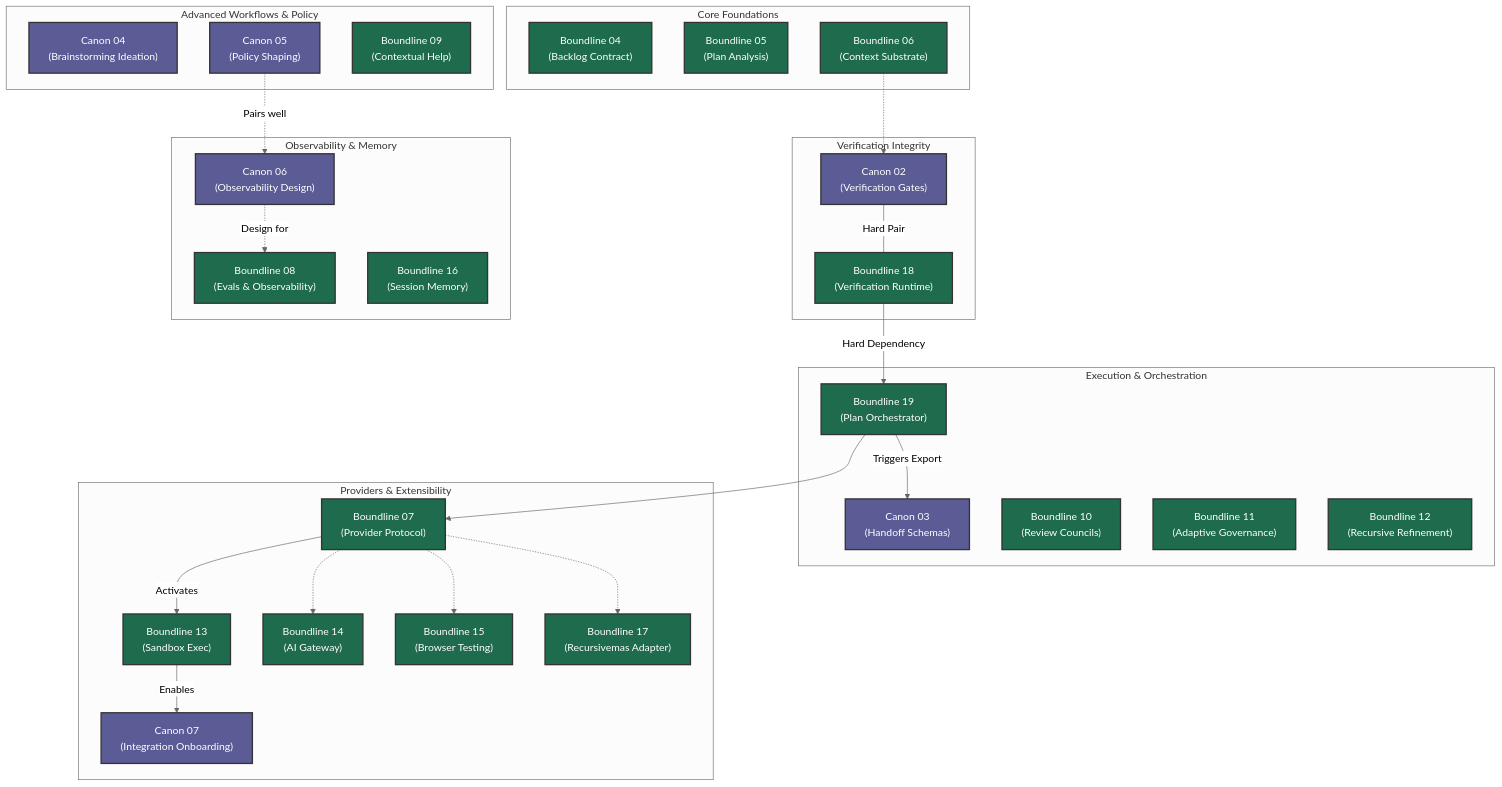
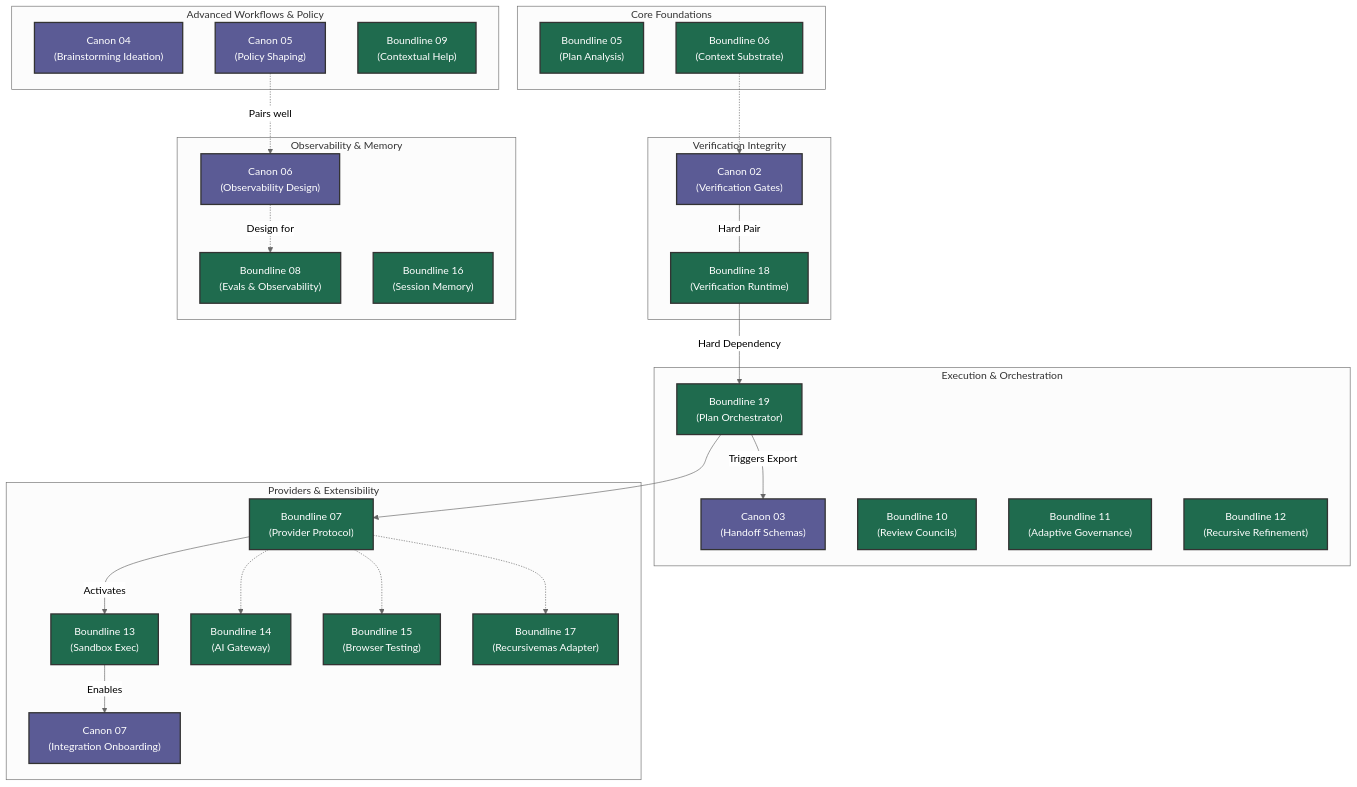
Before and after one commit to apply-the/boundline: the diagram in roadmap/joint-roadmap-graph.md, drawn with Mermaid (neutral theme). The commit also changed 2 other files, not shown here.

Commit message:
chore: roadmap cleanup; reduced function complexty

````diff
--- a/roadmap/joint-roadmap-graph.md
+++ b/roadmap/joint-roadmap-graph.md
@@ -7,62 +7,61 @@
 ```mermaid
 flowchart TD
     %% Styling
     classDef canon fill:#5b5b95,stroke:#333,stroke-width:2px,color:#fff
     classDef boundline fill:#1f6b4e,stroke:#333,stroke-width:2px,color:#fff
 
     subgraph Core Foundations
-        B04["Boundline 04<br/>(Backlog Contract)"]:::boundline
         B05["Boundline 05<br/>(Plan Analysis)"]:::boundline
         B06["Boundline 06<br/>(Context Substrate)"]:::boundline
     end
 
     subgraph Verification Integrity
         C02["Canon 02<br/>(Verification Gates)"]:::canon
         B18["Boundline 18<br/>(Verification Runtime)"]:::boundline
     end
 
     subgraph Execution & Orchestration
         B19["Boundline 19<br/>(Plan Orchestrator)"]:::boundline
         C03["Canon 03<br/>(Handoff Schemas)"]:::canon
         B10["Boundline 10<br/>(Review Councils)"]:::boundline
         B11["Boundline 11<br/>(Adaptive Governance)"]:::boundline
         B12["Boundline 12<br/>(Recursive Refinement)"]:::boundline
     end
 
     subgraph Providers & Extensibility
         B07["Boundline 07<br/>(Provider Protocol)"]:::boundline
         B13["Boundline 13<br/>(Sandbox Exec)"]:::boundline
         C07["Canon 07<br/>(Integration Onboarding)"]:::canon
         B14["Boundline 14<br/>(AI Gateway)"]:::boundline
         B15["Boundline 15<br/>(Browser Testing)"]:::boundline
         B17["Boundline 17<br/>(Recursivemas Adapter)"]:::boundline
     end
 
     subgraph Observability & Memory
         C06["Canon 06<br/>(Observability Design)"]:::canon
         B08["Boundline 08<br/>(Evals & Observability)"]:::boundline
         B16["Boundline 16<br/>(Session Memory)"]:::boundline
     end
 
     subgraph Advanced Workflows & Policy
         C04["Canon 04<br/>(Brainstorming Ideation)"]:::canon
         C05["Canon 05<br/>(Policy Shaping)"]:::canon
         B09["Boundline 09<br/>(Contextual Help)"]:::boundline
     end
 
     %% Key Dependencies
     B06 -.-> C02
     C02 ---|Hard Pair| B18
     B18 -->|Hard Dependency| B19
     B19 -->|Triggers Export| C03
     B19 --> B07
     B07 -->|Activates| B13
     B13 -->|Enables| C07
     
     B07 -.-> B14
     B07 -.-> B15
     B07 -.-> B17
     
     C06 -.->|Design for| B08
     C05 -.->|Pairs well| C06
 ```
````
